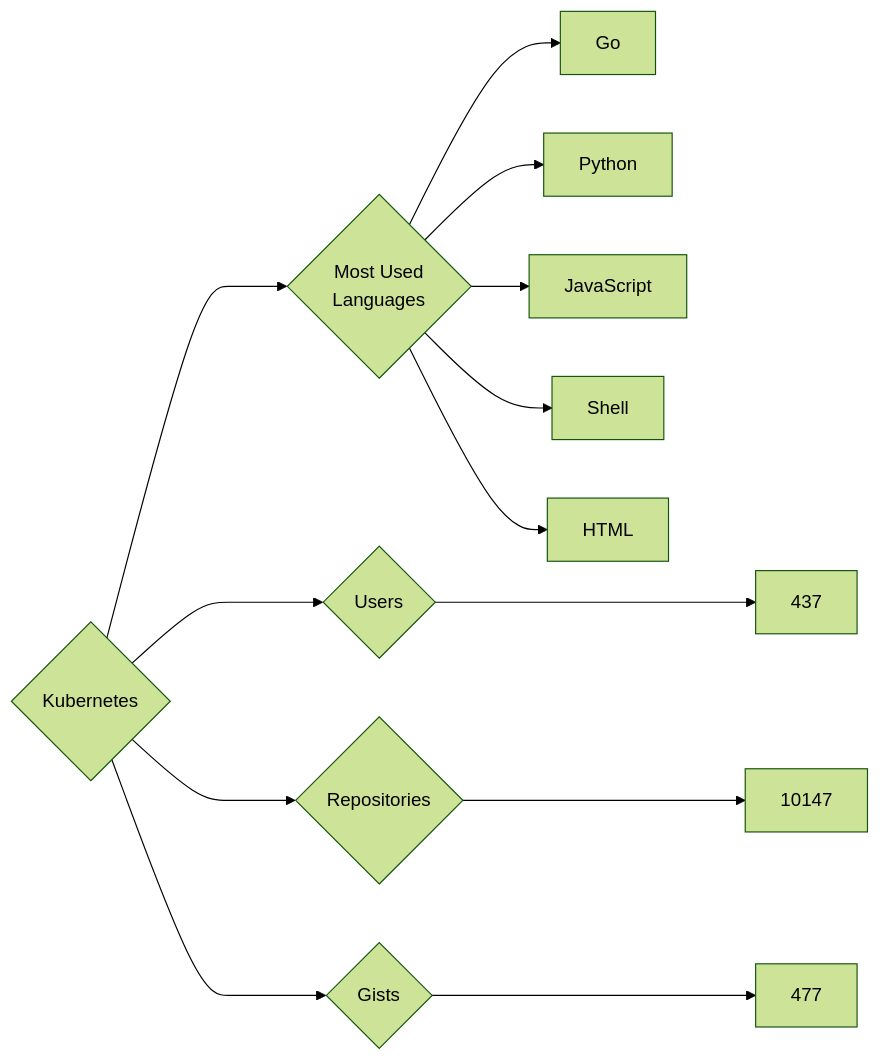
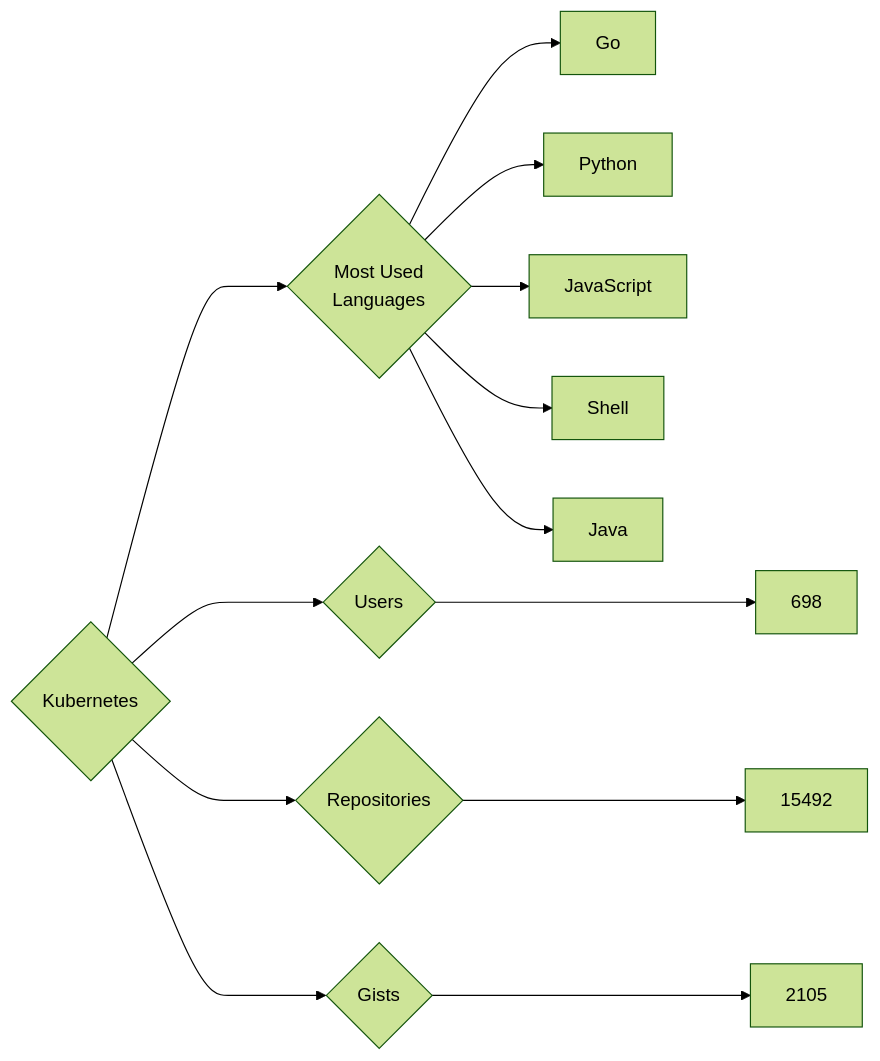
Before and after one commit to trickest/insiders: the diagram in targets/Kubernetes/README.md, drawn with Mermaid (forest theme). The commit also changed 984 other files, not shown here.

````diff
--- a/targets/Kubernetes/README.md
+++ b/targets/Kubernetes/README.md
@@ -3,13 +3,13 @@
 ```mermaid
 graph LR
 COMPANY_NAME{Kubernetes}
-COMPANY_NAME ---> U{Users} ---> UN[437]
-COMPANY_NAME ---> R{Repositories} ---> RN[10147]
-COMPANY_NAME ---> G{Gists} ---> GN[477]
+COMPANY_NAME ---> U{Users} ---> UN[698]
+COMPANY_NAME ---> R{Repositories} ---> RN[15492]
+COMPANY_NAME ---> G{Gists} ---> GN[2105]
 COMPANY_NAME ---> ML{Most Used<br>Languages}
 ML --> Go[Go]
 ML --> Python[Python]
 ML --> JavaScript[JavaScript]
 ML --> Shell[Shell]
-ML --> HTML[HTML]
+ML --> Java[Java]
 ```
````
